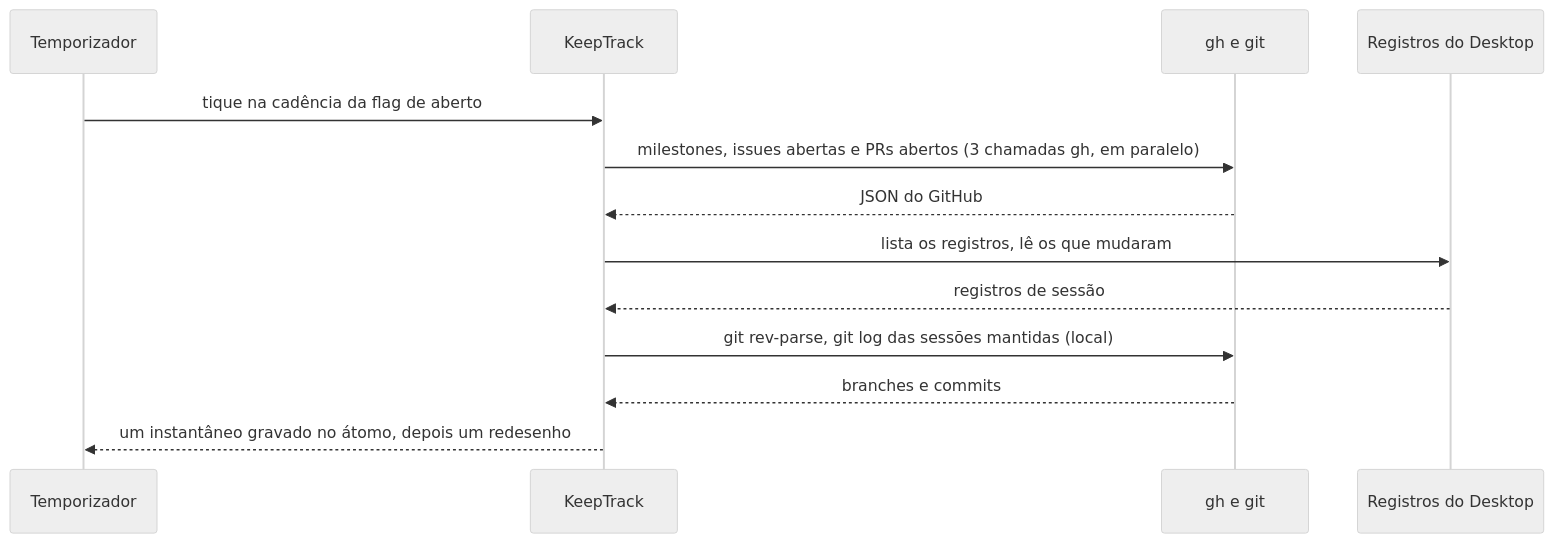
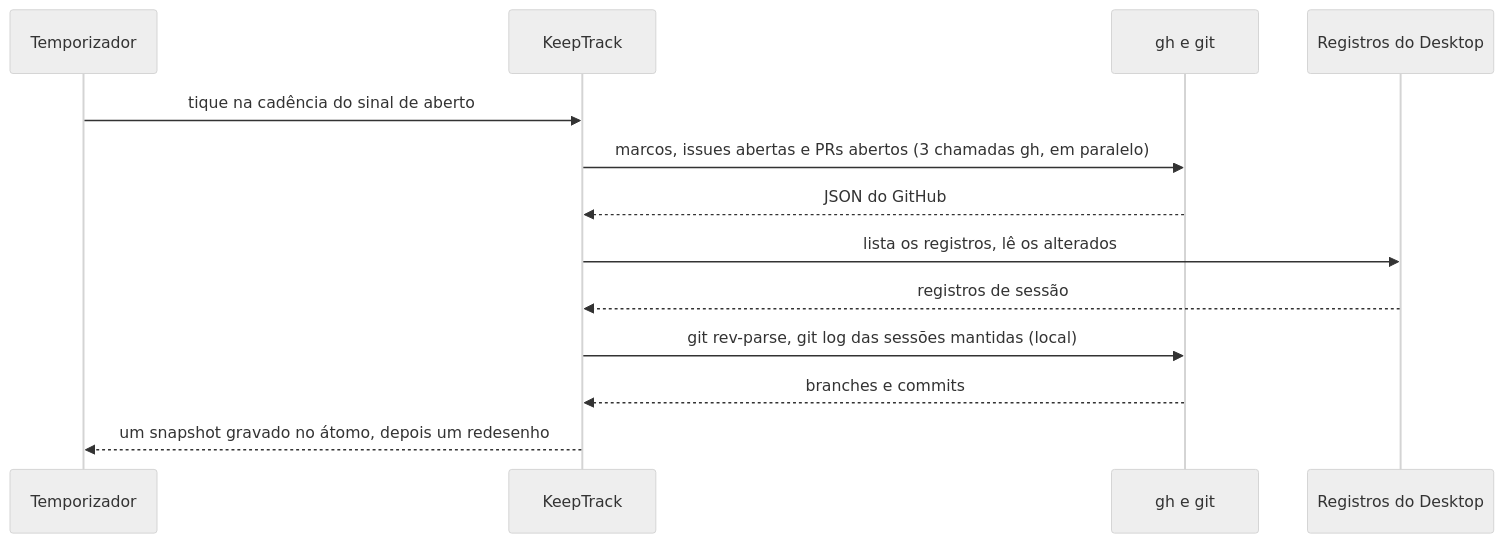
Before and after one commit to KeepGlide/keepaway-repo: the second of 2 diagrams in README.pt-BR.md, drawn with Mermaid (neutral theme). The commit also changed other lines of this file and 3 other files, not shown here.

````diff
--- a/README.pt-BR.md
+++ b/README.pt-BR.md
@@ -52,15 +92,15 @@
 ```mermaid
 sequenceDiagram
     participant T as Temporizador
     participant K as KeepTrack
     participant G as gh e git
     participant D as Registros do Desktop
-    T->>K: tique na cadência da flag de aberto
-    K->>G: milestones, issues abertas e PRs abertos (3 chamadas gh, em paralelo)
+    T->>K: tique na cadência do sinal de aberto
+    K->>G: marcos, issues abertas e PRs abertos (3 chamadas gh, em paralelo)
     G-->>K: JSON do GitHub
-    K->>D: lista os registros, lê os que mudaram
+    K->>D: lista os registros, lê os alterados
     D-->>K: registros de sessão
     K->>G: git rev-parse, git log das sessões mantidas (local)
     G-->>K: branches e commits
-    K-->>T: um instantâneo gravado no átomo, depois um redesenho
+    K-->>T: um snapshot gravado no átomo, depois um redesenho
 ```
````
